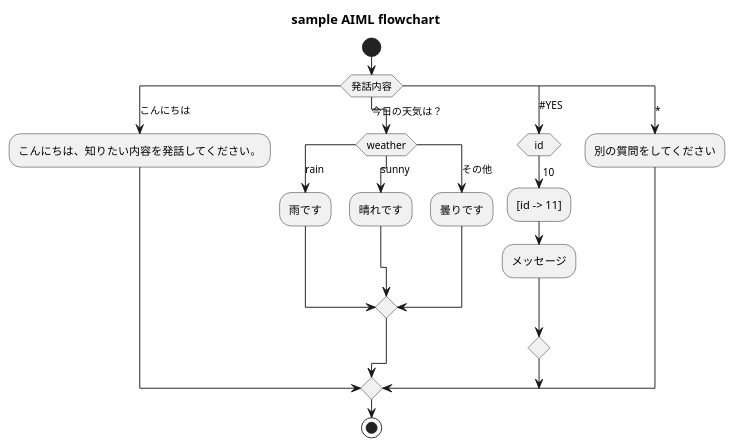
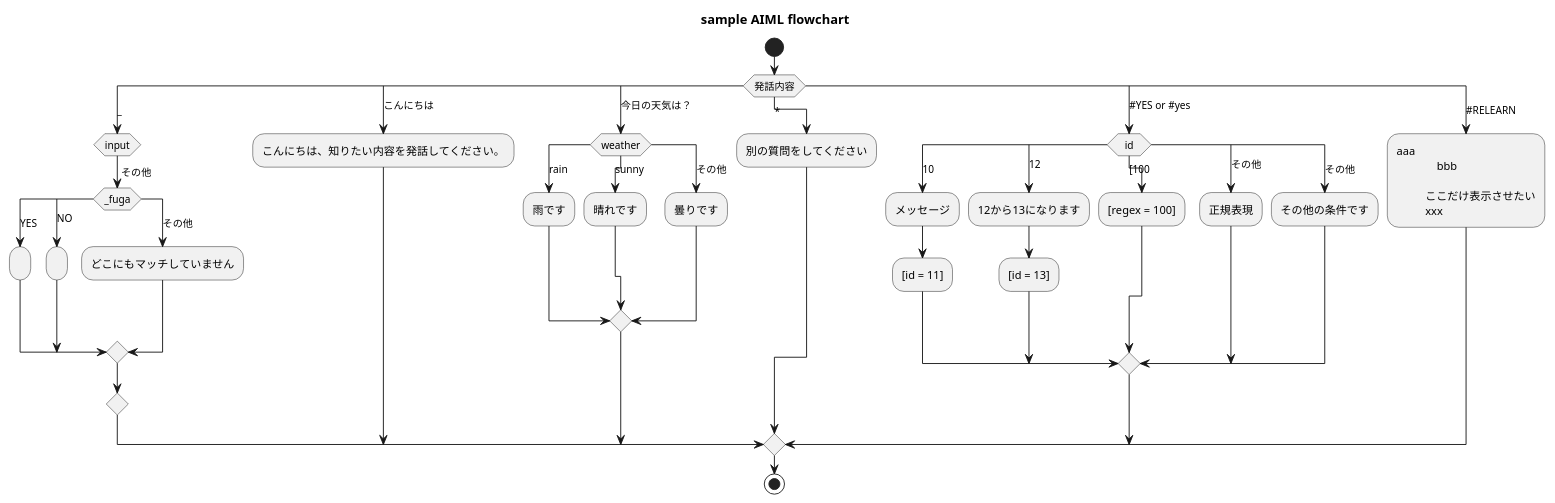
One commit to nice-okura/aiml_flowchart changed the diagram in sample_flowchart.pu. Above: the diagram before and after it, drawn with PlantUML. The commit also changed 2 other files, not shown here.

```diff
--- a/sample_flowchart.pu
+++ b/sample_flowchart.pu
@@ -1,28 +1,53 @@
-@startuml flowchart
+@startuml
 title sample AIML flowchart
 start
 switch (発話内容)
-case (こんにちは)   
+case (_)
+  switch (input)
+  case (その他)
+    switch (_fuga)
+    case (YES)
+      :;
+    case (NO)
+      :;
+    case (その他)
+      :どこにもマッチしていません;
+    endswitch
+  endswitch
+case (こんにちは)
   :こんにちは、知りたい内容を発話してください。;
 case (今日の天気は？)
   switch (weather)
   case (rain)
     :雨です;
   case (sunny)
     :晴れです;
   case (その他)
     :曇りです;
   endswitch
-
-case (#YES)
+case (*)
+  :別の質問をしてください;
+case (#YES or #yes)
   switch (id)
   case (10)
-    :[id -> 11];
     :メッセージ;
+    :[id = 11];
+  case (12)
+    :12から13になります;
+    :[id = 13];
+  case ([100)
+    :[regex = 100];
+  case (その他)
+    :正規表現;
+  case (その他)
+    :その他の条件です;
   endswitch
-case (*)
-  :別の質問をしてください;
-
-endswitch 
+case (#RELEARN)
+  :aaa
+                bbb
+            
+            ここだけ表示させたい
+            xxx;
+endswitch
 stop
 @enduml
```
